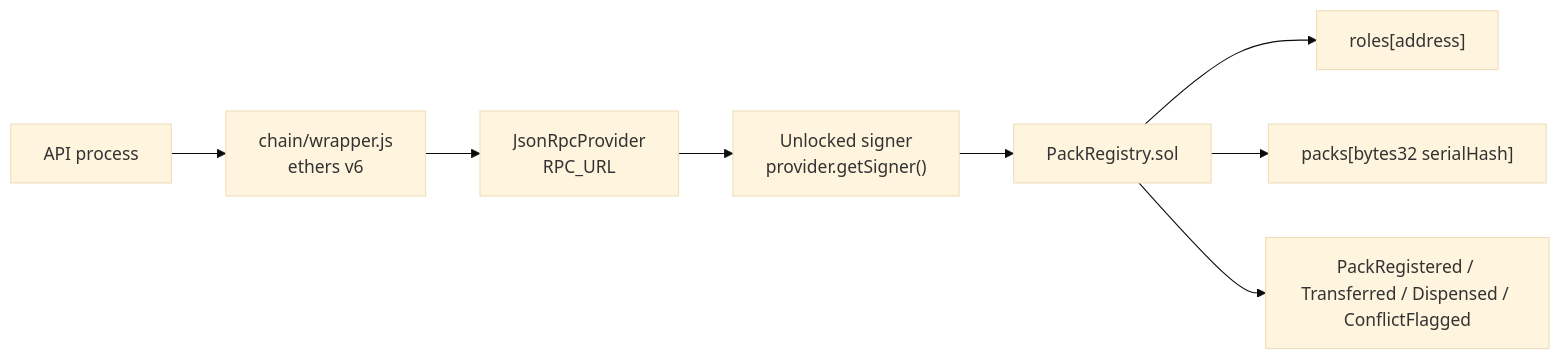
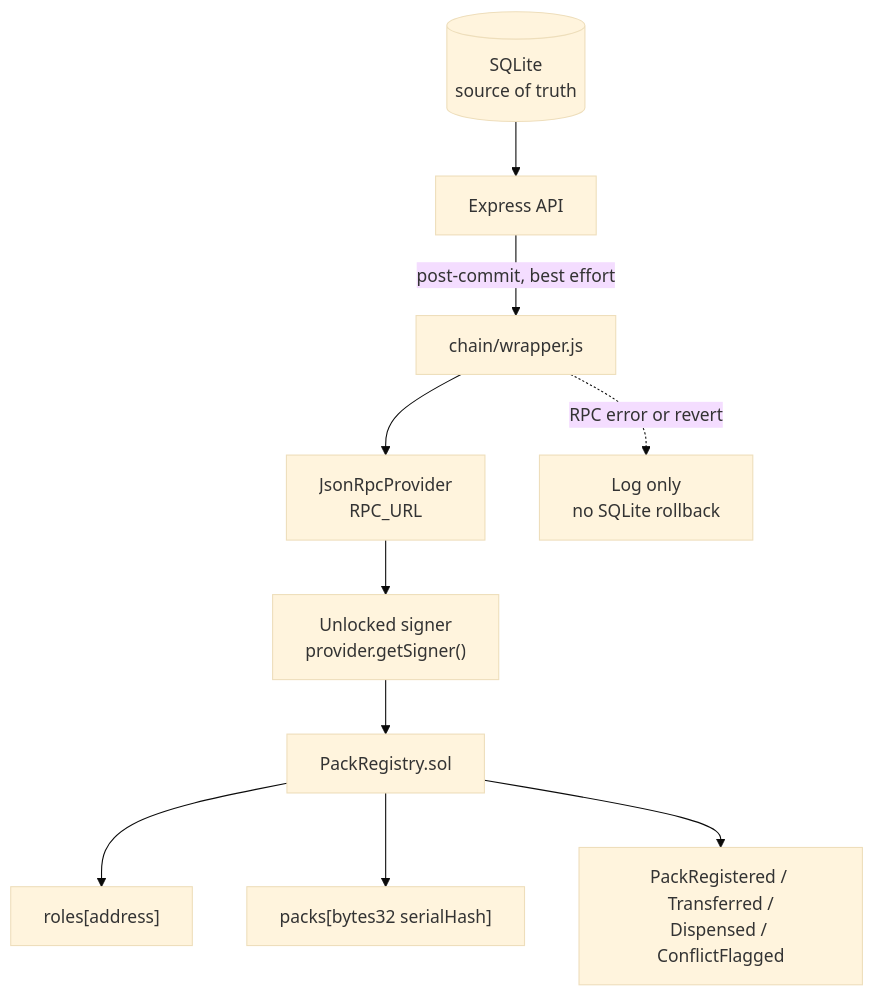
Before and after one commit to ZENTRIHACK/medicine-verify: the sixth of 8 diagrams in README.md, drawn with Mermaid (base theme). The commit also changed other lines of this file, not shown here.

Commit message:
docs: refine diagrams and document duplicate batch handling

````diff
--- a/README.md
+++ b/README.md
@@ -463,10 +432,12 @@
 ```mermaid
-graph LR
-    API["API process"] --> W["chain/wrapper.js<br/>ethers v6"]
-    W --> P["JsonRpcProvider<br/>RPC_URL"]
-    P --> S["Unlocked signer<br/>provider.getSigner()"]
-    S --> R["PackRegistry.sol"]
-    R --> A["roles[address]"]
-    R --> K["packs[bytes32 serialHash]"]
-    R --> E["PackRegistered / Transferred / Dispensed / ConflictFlagged"]
+flowchart TB
+  DB[("SQLite<br/>source of truth")] --> API["Express API"]
+  API -->|"post-commit, best effort"| W["chain/wrapper.js"]
+  W --> P["JsonRpcProvider<br/>RPC_URL"]
+  P --> S["Unlocked signer<br/>provider.getSigner()"]
+  S --> R["PackRegistry.sol"]
+  R --> A["roles[address]"]
+  R --> K["packs[bytes32 serialHash]"]
+  R --> E["PackRegistered / Transferred /<br/>Dispensed / ConflictFlagged"]
+  W -.->|"RPC error or revert"| F["Log only<br/>no SQLite rollback"]
 ```
````
